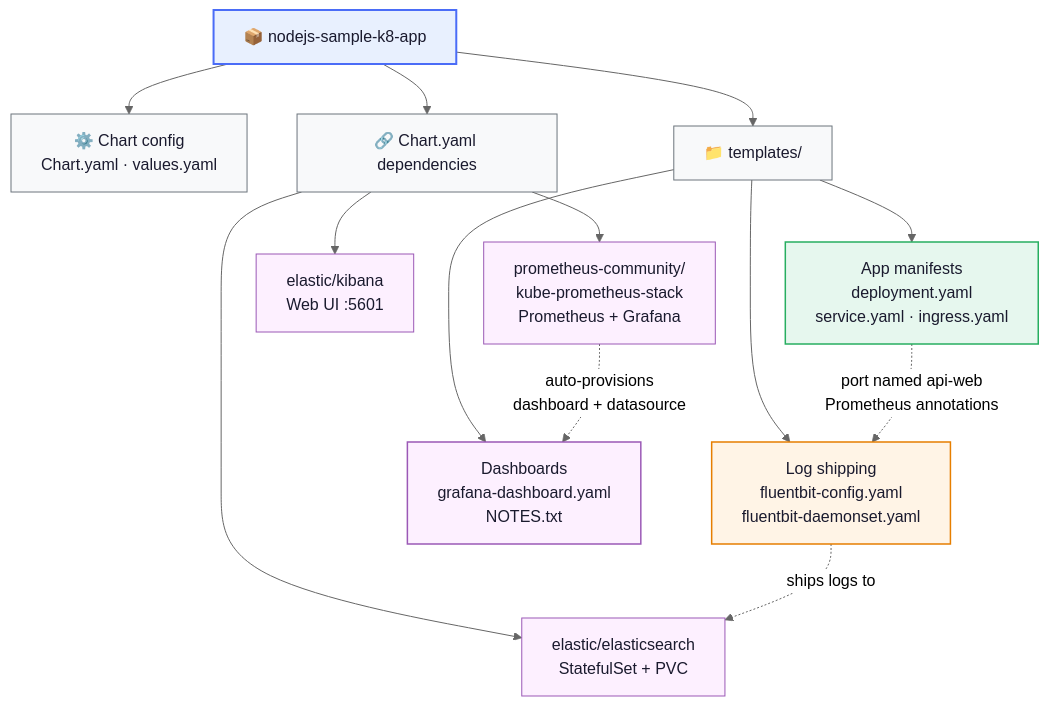
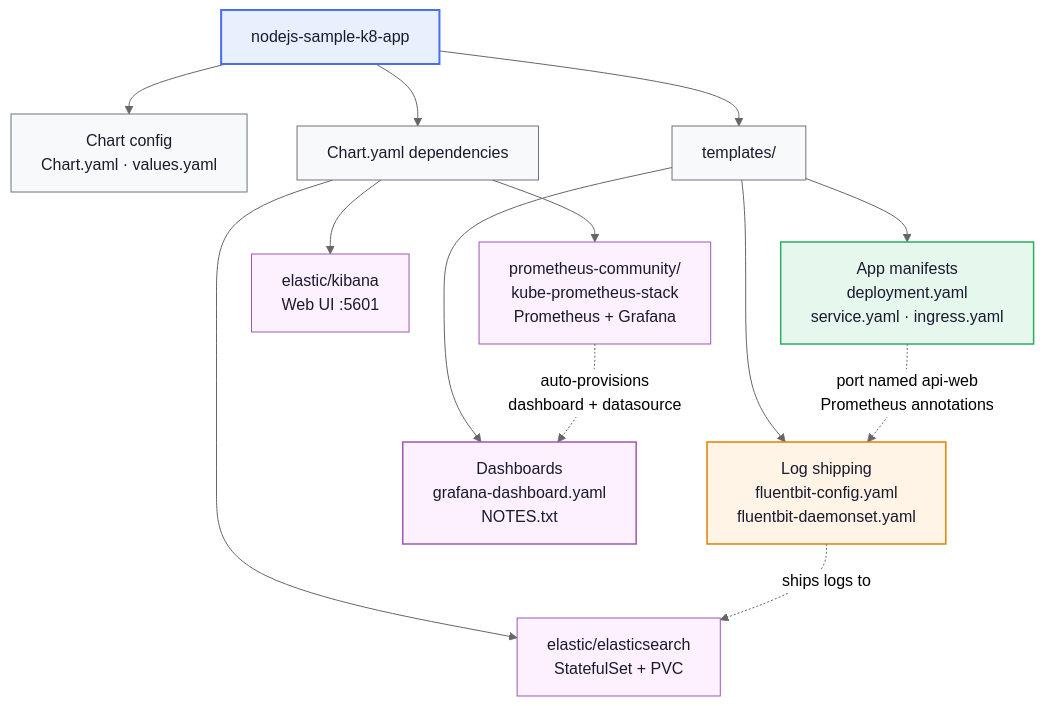
One commit to Hari356535/Nodejs-sample-k8s-app changed the second of 3 diagrams in README.md. Above: the diagram before and after it, drawn with Mermaid (neutral theme). The commit also changed other lines of this file, not shown here.

Commit message:
readme updated

````diff
--- a/README.md
+++ b/README.md
@@ -41,31 +41,31 @@
 ```mermaid
 graph TD
-    Root["📦 nodejs-sample-k8-app"]
+    Root["nodejs-sample-k8-app"]
 
-    Root --> Config["⚙️ Chart config\nChart.yaml · values.yaml"]
-    Root --> T["📁 templates/"]
-    Root --> Deps["🔗 Chart.yaml dependencies"]
+    Root --> Config["Chart config\nChart.yaml · values.yaml"]
+    Root --> T["templates/"]
+    Root --> Deps["Chart.yaml dependencies"]
 
     T --> App["App manifests\ndeployment.yaml\nservice.yaml · ingress.yaml"]
     T --> Logging["Log shipping\nfluentbit-config.yaml\nfluentbit-daemonset.yaml"]
     T --> Monitoring["Dashboards\ngrafana-dashboard.yaml\nNOTES.txt"]
 
     Deps --> ES["elastic/elasticsearch\nStatefulSet + PVC"]
     Deps --> KB["elastic/kibana\nWeb UI :5601"]
     Deps --> KPS["prometheus-community/\nkube-prometheus-stack\nPrometheus + Grafana"]
 
     App -. "port named api-web\nPrometheus annotations" .-> Logging
     Logging -. "ships logs to" .-> ES
     KPS -. "auto-provisions\ndashboard + datasource" .-> Monitoring
 
     style Root fill:#e8f0fe,stroke:#4a6cf7,stroke-width:2px,color:#1a1a2e
     style Config fill:#f8f9fa,stroke:#6c757d,stroke-width:1px,color:#1a1a2e
     style T fill:#f8f9fa,stroke:#6c757d,stroke-width:1px,color:#1a1a2e
     style Deps fill:#f8f9fa,stroke:#6c757d,stroke-width:1px,color:#1a1a2e
     style App fill:#e6f7ee,stroke:#27ae60,stroke-width:1.5px,color:#1a1a2e
     style Logging fill:#fff4e6,stroke:#e67e00,stroke-width:1.5px,color:#1a1a2e
     style Monitoring fill:#fdf0ff,stroke:#9b59b6,stroke-width:1.5px,color:#1a1a2e
     style ES fill:#fdf0ff,stroke:#9b59b6,stroke-width:1px,color:#1a1a2e
     style KB fill:#fdf0ff,stroke:#9b59b6,stroke-width:1px,color:#1a1a2e
     style KPS fill:#fdf0ff,stroke:#9b59b6,stroke-width:1px,color:#1a1a2e
 ```
````
